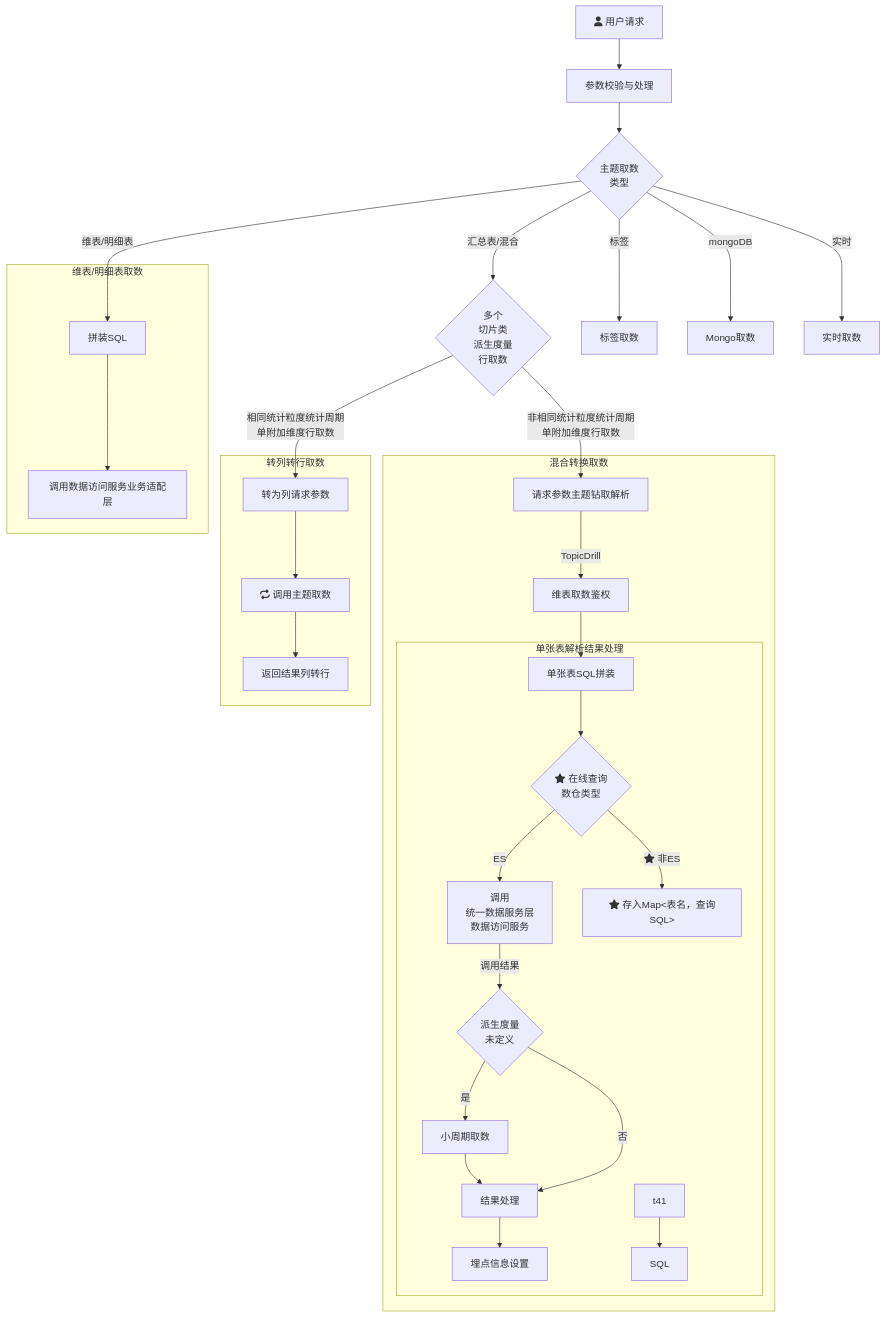
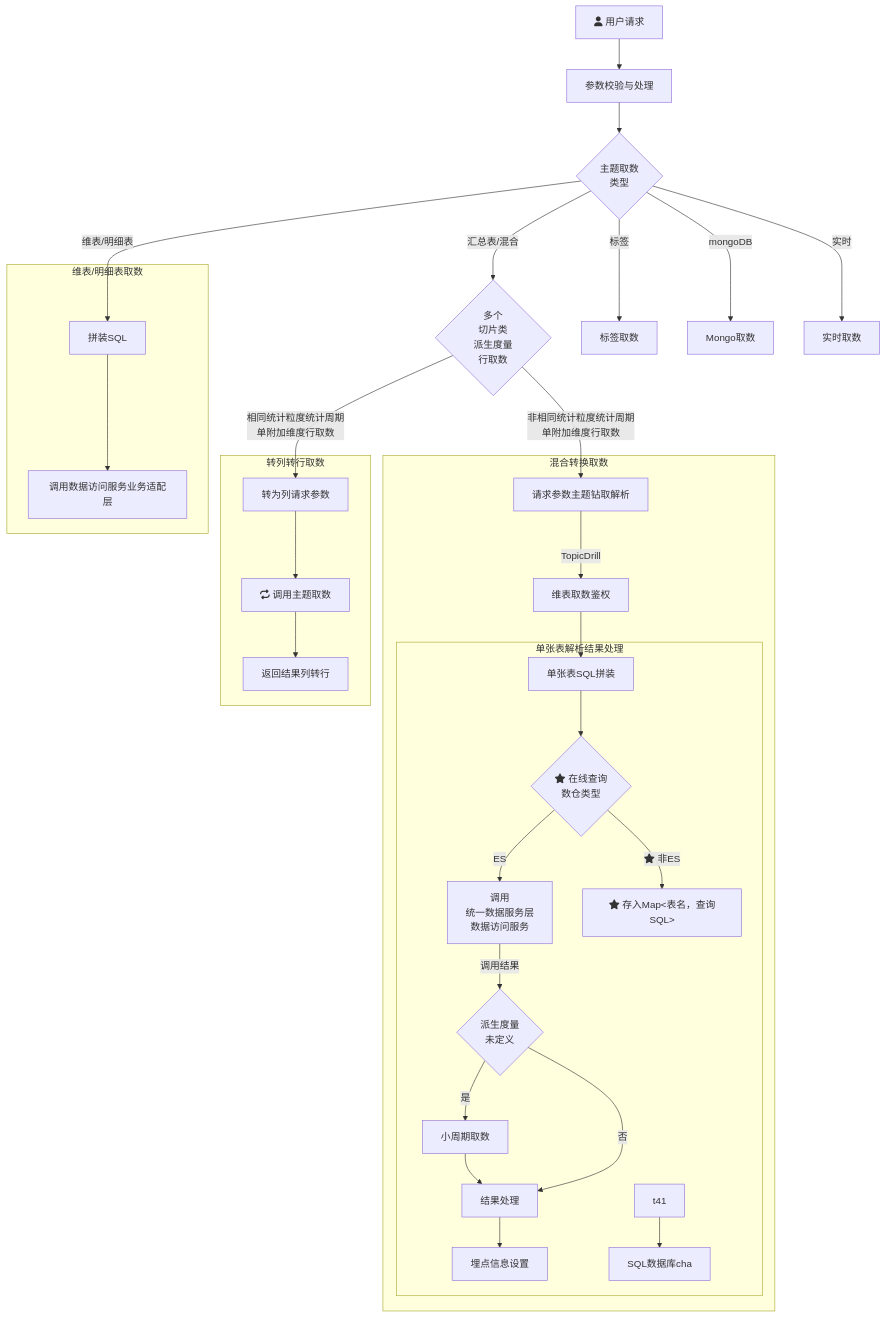
One commit to yanglosm/iodraw-files changed the diagram in all/未命名.md. Above: the diagram before and after it, drawn with Mermaid.

Commit message:
2024-11-29 19:30:22 update

````diff
--- a/all/未命名.md
+++ b/all/未命名.md
@@ -1,27 +1,27 @@
 ```mermaid
 flowchart TD
     A[fa:fa-user 用户请求] -->A1[参数校验与处理] --> B{主题取数\n类型}
     B -->|维表/明细表| D[拼装SQL]
     B -->|汇总表/混合| E{多个\n切片类\n派生度量\n行取数}
     B -->|标签| F[标签取数]
     B -->|mongoDB| G[Mongo取数]
     B -->|实时| H[实时取数]
     E -->|相同统计粒度统计周期\n单附加维度行取数| E1[转为列请求参数]
     E -->|非相同统计粒度统计周期\n单附加维度行取数| T1[请求参数主题钻取解析]
     subgraph 维表/明细表取数
     D-->D1[调用数据访问服务业务适配层]
     end
     subgraph 转列转行取数
     E1-->E11[fa:fa-repeat 调用主题取数]-->E12[返回结果列转行]
     end
     subgraph 混合转换取数
     T1-->|TopicDrill| T2[维表取数鉴权] --> T31[单张表SQL拼装]
         subgraph 单张表解析结果处理
         T31 --> T4{fa:fa-star 在线查询\n数仓类型}-->|ES|T32[调用\n统一数据服务层\n数据访问服务] --> |调用结果|T33{派生度量\n未定义}
         T33 --> |是|T33_1[小周期取数]-->T34[结果处理]-->T35[埋点信息设置]
         T33 --> |否|T34
         T4 --> |fa:fa-star 非ES|T41["fa:fa-star 存入Map<表名，查询SQL>"]
-        t41 --> t42[SQL]
+        t41 --> t42[SQL数据库cha]
         end
     end
 ```
````
